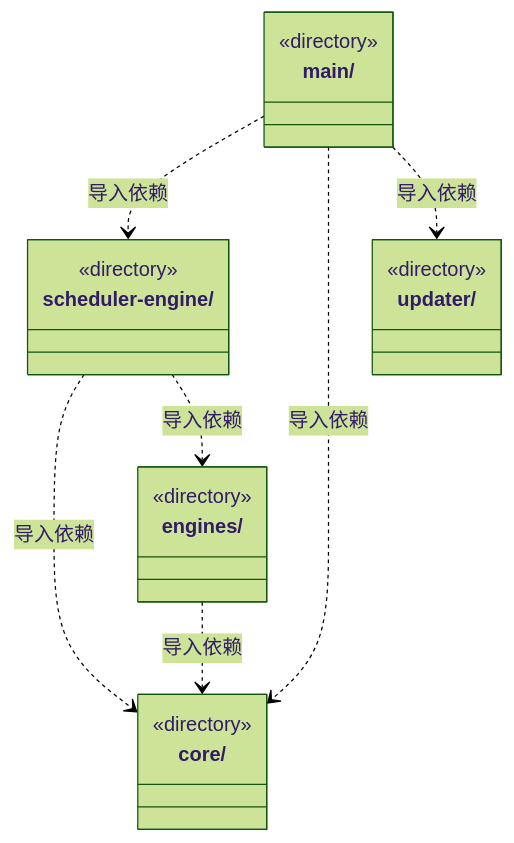
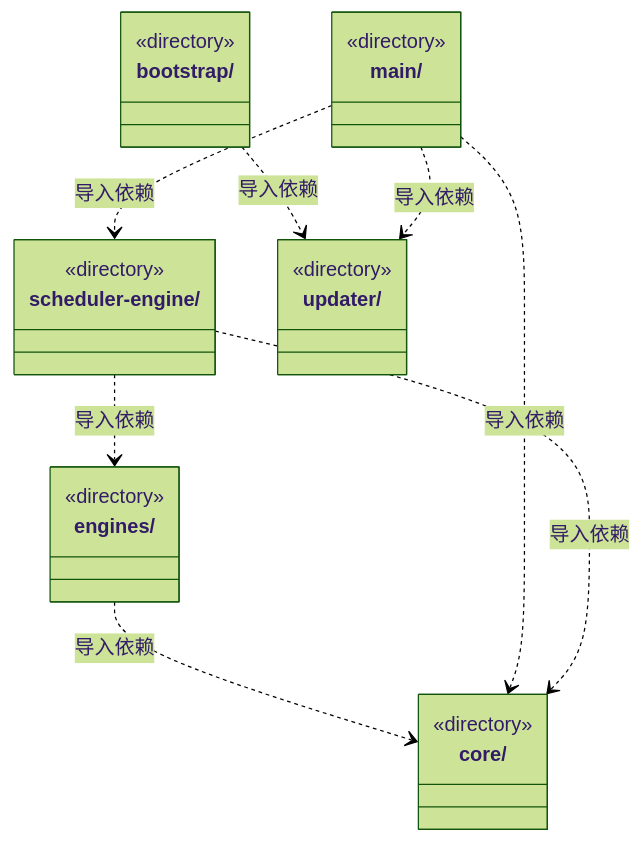
The first of 2 diagrams in src/backend/ARCHITECTURE.md (nan023062/cbim), drawn with Mermaid (forest theme) before and after one commit. The commit also changed other lines of this file and 104 other files, not shown here.

````diff
--- a/src/backend/ARCHITECTURE.md
+++ b/src/backend/ARCHITECTURE.md
@@ -15,24 +15,28 @@
 ```mermaid
 classDiagram
+class N_src_backend_bootstrap["bootstrap/"] {
+  <<directory>>
+}
 class N_src_backend_core["core/"] {
   <<directory>>
 }
 class N_src_backend_engines["engines/"] {
   <<directory>>
 }
 class N_src_backend_main["main/"] {
   <<directory>>
 }
 class N_src_backend_scheduler_engine["scheduler-engine/"] {
   <<directory>>
 }
 class N_src_backend_updater["updater/"] {
   <<directory>>
 }
+N_src_backend_bootstrap ..> N_src_backend_updater : 导入依赖
 N_src_backend_engines ..> N_src_backend_core : 导入依赖
 N_src_backend_main ..> N_src_backend_scheduler_engine : 导入依赖
 N_src_backend_main ..> N_src_backend_core : 导入依赖
 N_src_backend_main ..> N_src_backend_updater : 导入依赖
 N_src_backend_scheduler_engine ..> N_src_backend_core : 导入依赖
 N_src_backend_scheduler_engine ..> N_src_backend_engines : 导入依赖
 ```
````
